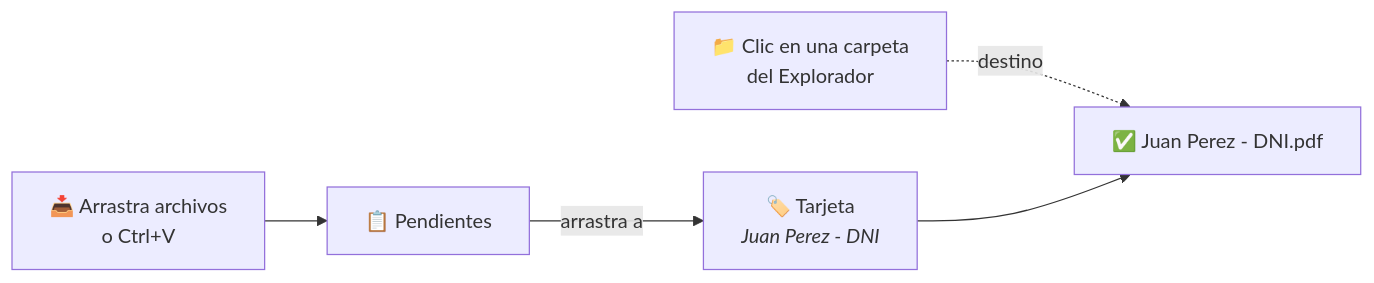
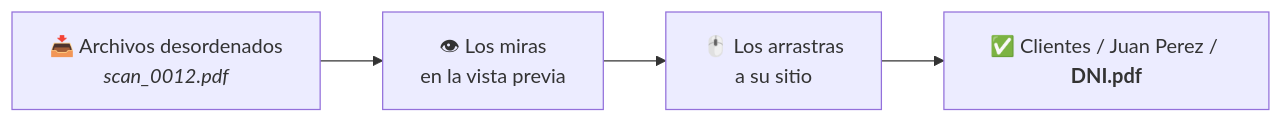
One commit to 1xmanMAX/filter-app changed the first of 9 diagrams in README.md. Above: the diagram before and after it, drawn with Mermaid. The commit also changed other lines of this file and 10 other files, not shown here.

Commit message:
docs: complete README with real screenshots, diagrams and step-by-step examples

````diff
--- a/README.md
+++ b/README.md
@@ -30,7 +22,6 @@
 ```mermaid
 flowchart LR
-    A["📥 Arrastra archivos<br>o Ctrl+V"] --> B["📋 Pendientes"]
-    B -- arrastra a --> C["🏷️ Tarjeta<br><i>Juan Perez - DNI</i>"]
-    D["📁 Clic en una carpeta<br>del Explorador"] -. destino .-> E
-    C --> E["✅ Juan Perez - DNI.pdf"]
+    A["📥 Archivos desordenados<br><i>scan_0012.pdf</i>"] --> B["👁 Los miras<br>en la vista previa"]
+    B --> C["🖱️ Los arrastras<br>a su sitio"]
+    C --> D["✅ Clientes / Juan Perez / <b>DNI.pdf</b>"]
 ```
````
